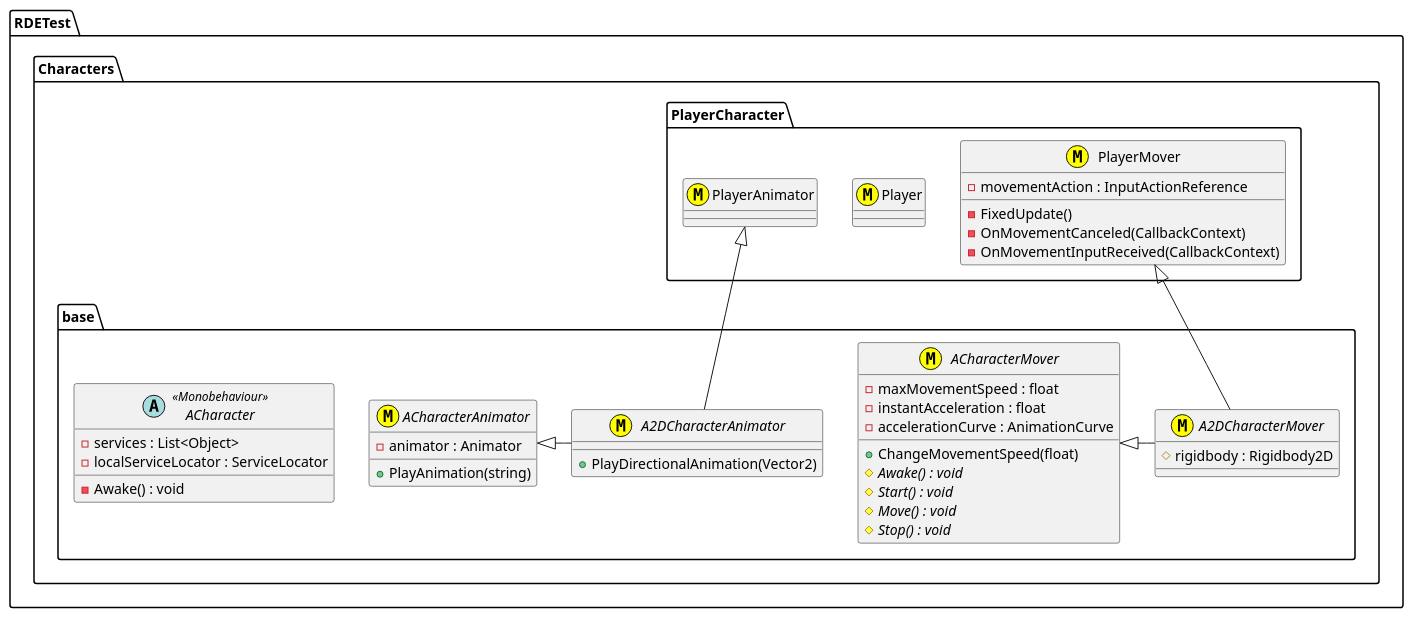
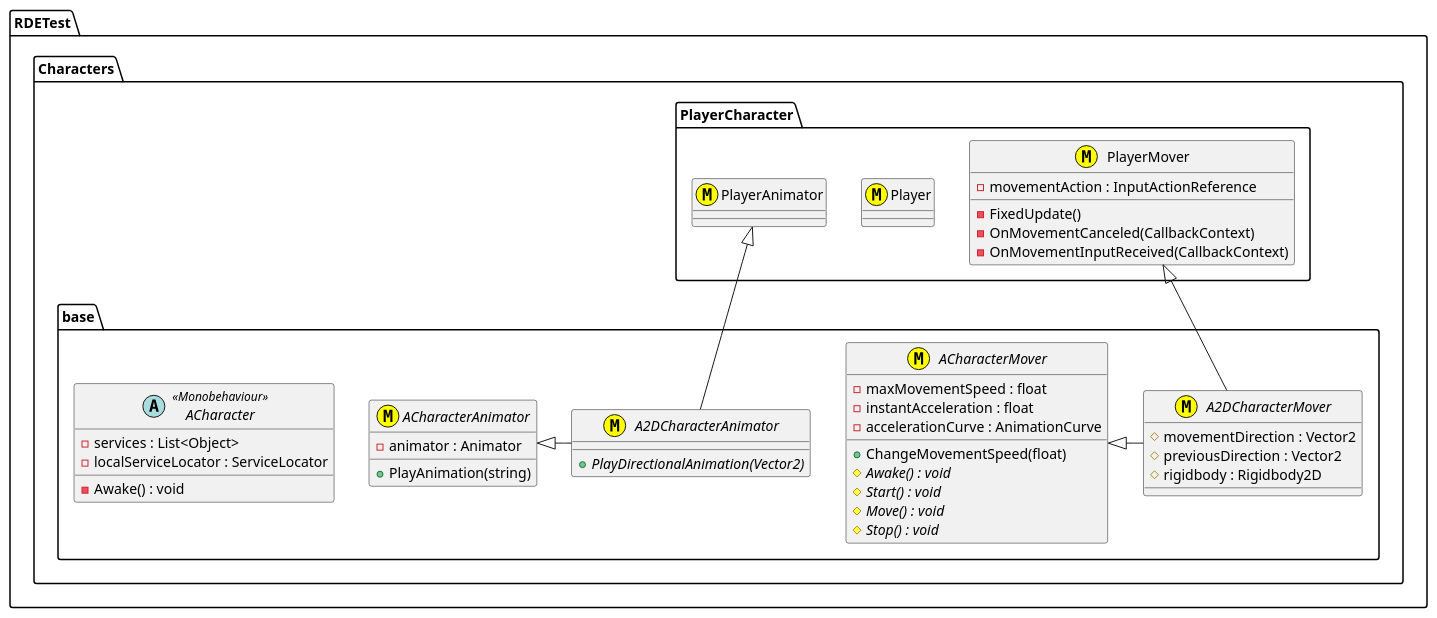
One commit to Xomrac/RDE-Test changed the diagram in RDETest_unityProject/Assets/Scripts/RDETest.puml. Above: the diagram before and after it, drawn with PlantUML.

Commit message:
Change: UML update

```diff
--- a/RDETest_unityProject/Assets/Scripts/RDETest.puml
+++ b/RDETest_unityProject/Assets/Scripts/RDETest.puml
@@ -1,73 +1,75 @@
 @startuml
 'https://plantuml.com/class-diagram
 
 
 package RDETest 
 {
 	package Characters.base
 	{
 		abstract class ACharacter <<Monobehaviour>>
 		{
 			- services : List<Object>
 			- localServiceLocator : ServiceLocator
 			- Awake() : void
 		}
 		
 		abstract class ACharacterAnimator <<M,yellow>>
 		{
 			- animator : Animator
 			
 			+ PlayAnimation(string)
 		}
  
  		abstract class ACharacterMover <<M,yellow>>
  		{
  			- maxMovementSpeed : float
  			- instantAcceleration : float
  			- accelerationCurve : AnimationCurve
  			+ ChangeMovementSpeed(float)
  			# {abstract} Awake() : void
  			# {abstract} Start() : void
  			# {abstract} Move() : void
  			# {abstract} Stop() : void
 		}
 		
 		abstract class A2DCharacterAnimator <<M,yellow>>
 		{
-			+ PlayDirectionalAnimation(Vector2)
+			+ {abstract}PlayDirectionalAnimation(Vector2)
 		}
 		
 		abstract class A2DCharacterMover <<M,yellow>>
 		{
+			# movementDirection : Vector2
+			# previousDirection : Vector2
 			# rigidbody : Rigidbody2D
 		}
 		ACharacterMover <|- A2DCharacterMover
 		ACharacterAnimator <|- A2DCharacterAnimator
 	}
 
 	package Characters.PlayerCharacter
 	{
 		class Player <<M,yellow>>
 		{
 		
 		}
 
 		class PlayerMover <<M,yellow>>
 		{
 			- movementAction : InputActionReference
 			- FixedUpdate()
 			- OnMovementCanceled(CallbackContext)
 			- OnMovementInputReceived(CallbackContext)
 		}
 		
 		class PlayerAnimator <<M,yellow>>
 		{
 			
 		}
 		PlayerMover <|- A2DCharacterMover
 		PlayerAnimator <|-- A2DCharacterAnimator
 	}
 }
 
 
 @enduml
```
